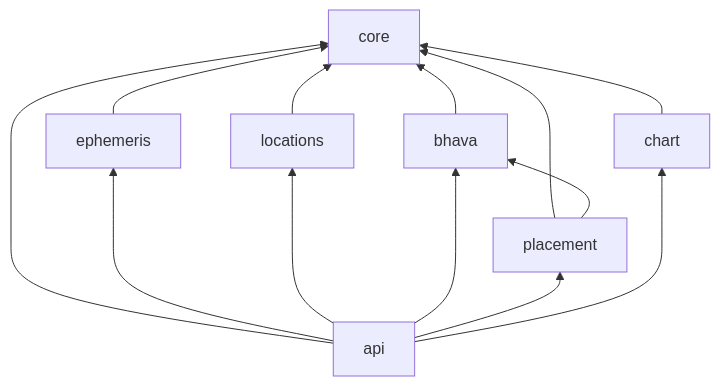
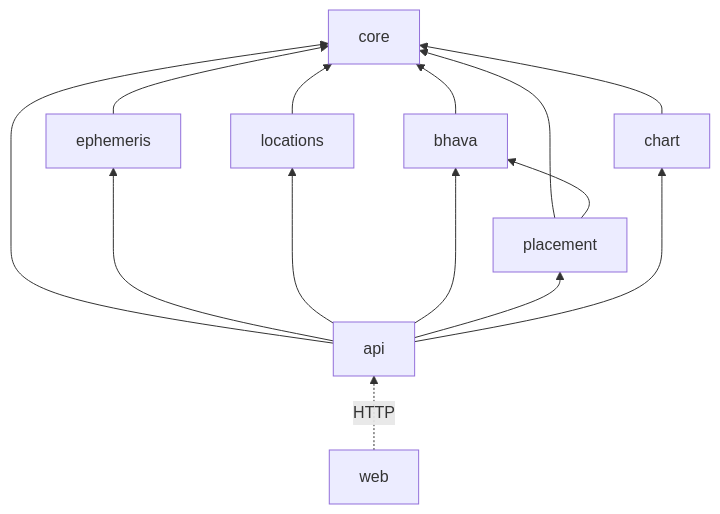
Before and after one commit to vgnshlvnz/kundli-app: the first of 2 diagrams in MODULES.md, drawn with Mermaid. The commit also changed other lines of this file, not shown here.

Commit message:
docs: document web in MODULES.md

````diff
--- a/MODULES.md
+++ b/MODULES.md
@@ -24,16 +25,17 @@
 ```mermaid
 graph BT
   api --> core
   api --> ephemeris
   api --> locations
   api --> bhava
   api --> placement
   api --> chart
   bhava --> core
   chart --> core
   core
   ephemeris --> core
   locations --> core
   placement --> core
   placement --> bhava
+  web -. HTTP .-> api
 ```
````
